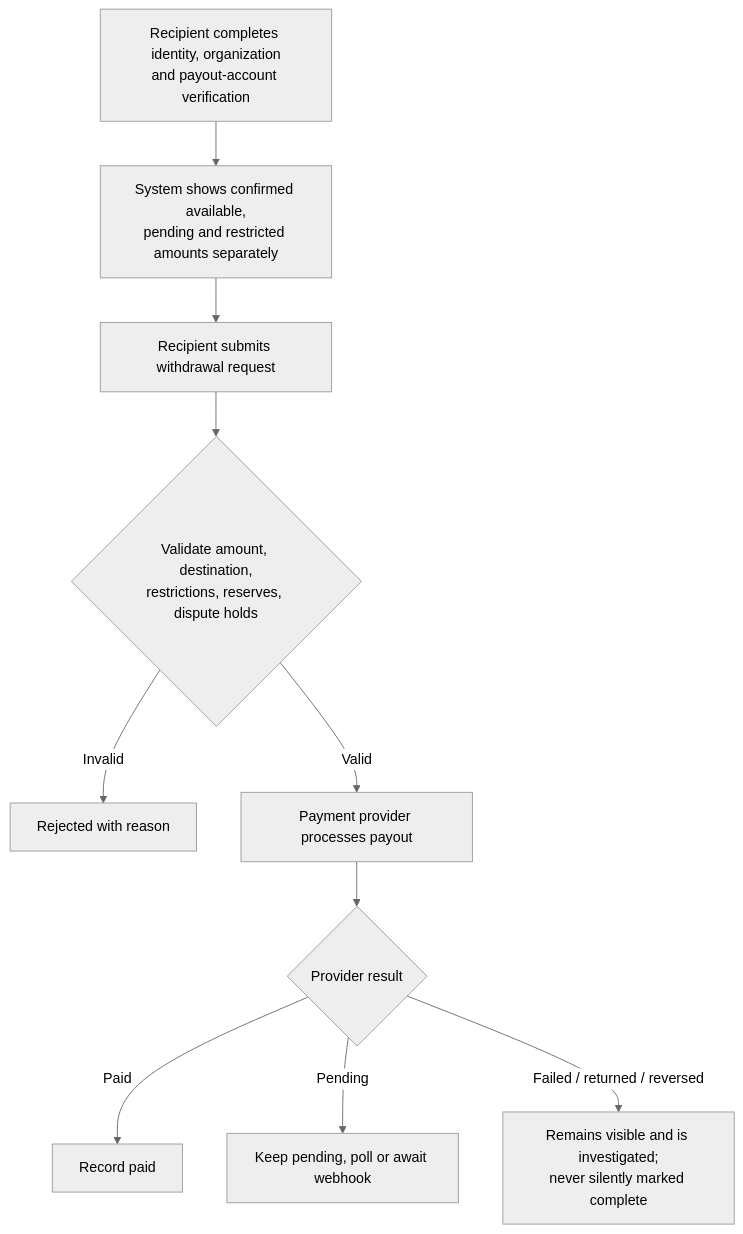
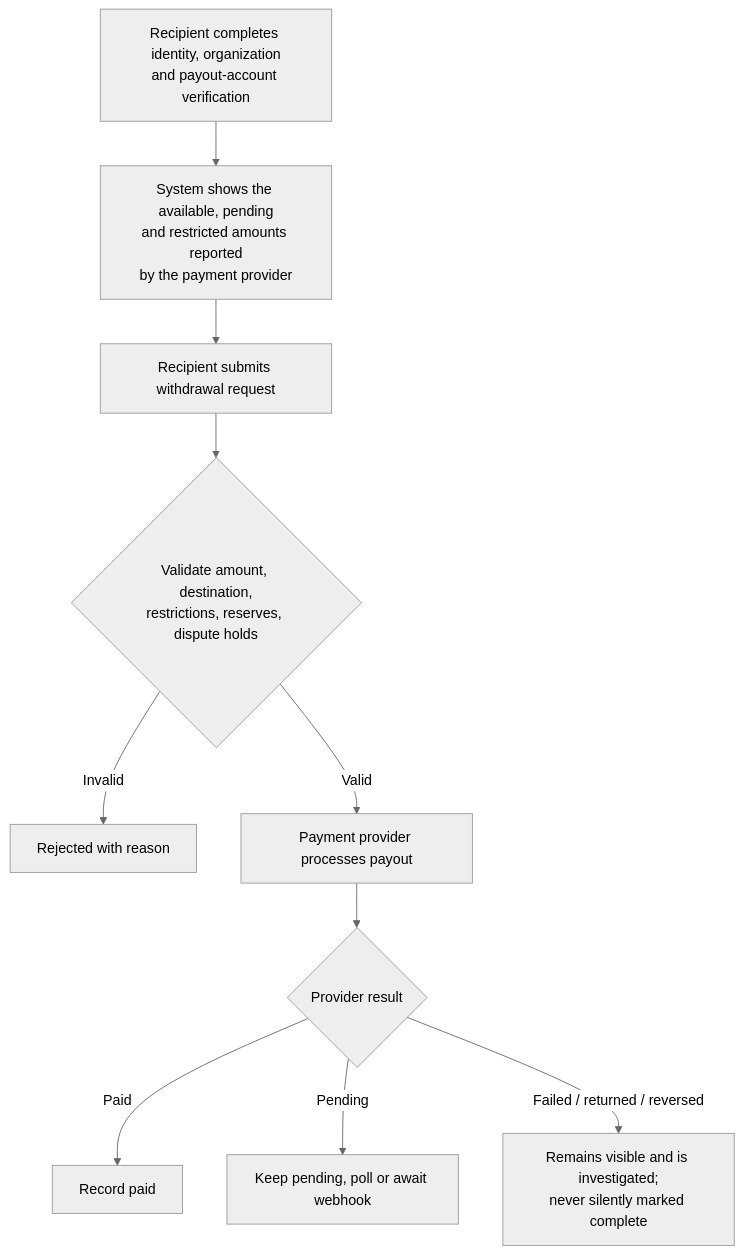
Before and after one commit to greensoft-atom/tex-platform: the tenth of 12 diagrams in 07-roles-workflows-and-money.md, drawn with Mermaid (neutral theme). The commit also changed other lines of this file and 615 other files, not shown here.

````diff
--- a/07-roles-workflows-and-money.md
+++ b/07-roles-workflows-and-money.md
@@ -395,12 +508,12 @@
 ```mermaid
 flowchart TD
-    W1["Recipient completes identity, organization<br/>and payout-account verification"] --> W2["System shows confirmed available,<br/>pending and restricted amounts separately"]
+    W1["Recipient completes identity, organization<br/>and payout-account verification"] --> W2["System shows the available, pending<br/>and restricted amounts reported<br/>by the payment provider"]
     W2 --> W3["Recipient submits withdrawal request"]
     W3 --> W4{"Validate amount, destination,<br/>restrictions, reserves, dispute holds"}
     W4 -->|"Invalid"| W4x["Rejected with reason"]
     W4 -->|"Valid"| W5["Payment provider processes payout"]
     W5 --> W6{"Provider result"}
     W6 -->|"Paid"| W7["Record paid"]
     W6 -->|"Pending"| W8["Keep pending, poll or await webhook"]
     W6 -->|"Failed / returned / reversed"| W9["Remains visible and is investigated;<br/>never silently marked complete"]
 ```
````
